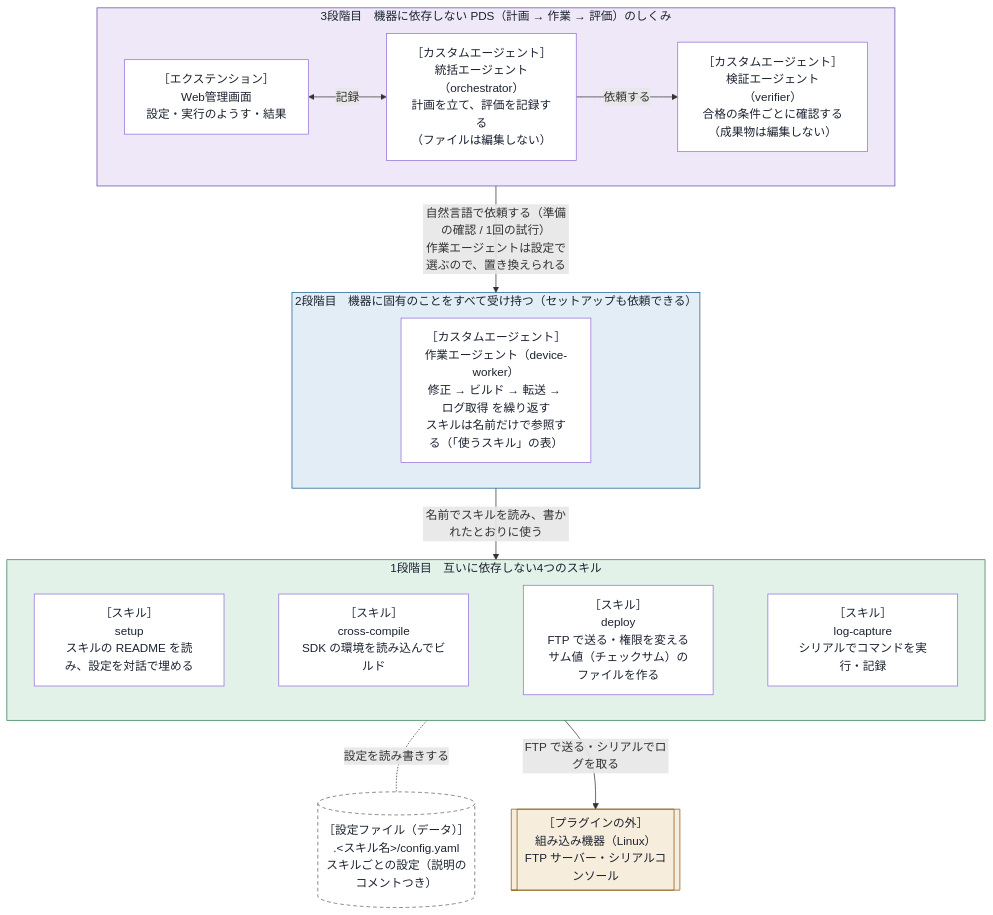
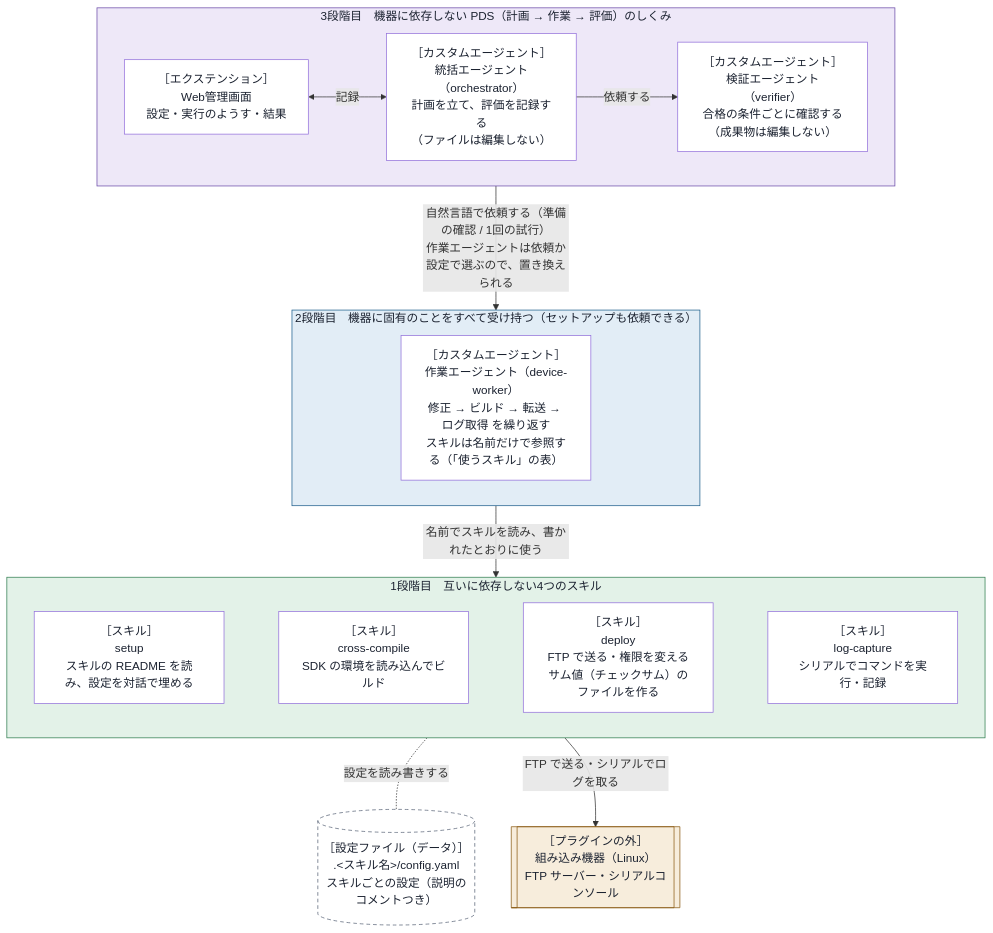
Before and after one commit to xclang-brain/plugin-market-place: the diagram in plugins/embedded-debug-loop/docs/design/design.md, drawn with Mermaid. The commit also changed other lines of this file and 22 other files, not shown here.

````diff
--- a/plugins/embedded-debug-loop/docs/design/design.md
+++ b/plugins/embedded-debug-loop/docs/design/design.md
@@ -20,42 +20,42 @@
 ```mermaid
 flowchart TB
     subgraph L3["3段階目　機器に依存しない PDS（計画 → 作業 → 評価）のしくみ"]
         direction LR
         UI["［エクステンション］<br/>Web管理画面<br/>設定・実行のようす・結果"]
         ORC["［カスタムエージェント］<br/>統括エージェント（orchestrator）<br/>計画を立て、評価を記録する<br/>（ファイルは編集しない）"]
         VER["［カスタムエージェント］<br/>検証エージェント（verifier）<br/>合格の条件ごとに確認する<br/>（成果物は編集しない）"]
         UI <-- "記録" --> ORC
         ORC -- "依頼する" --> VER
     end
 
     subgraph L2["2段階目　機器に固有のことをすべて受け持つ（セットアップも依頼できる）"]
         WRK["［カスタムエージェント］<br/>作業エージェント（device-worker）<br/>修正 → ビルド → 転送 → ログ取得 を繰り返す<br/>スキルは名前だけで参照する（「使うスキル」の表）"]
     end
 
     subgraph L1["1段階目　互いに依存しない4つのスキル"]
         direction LR
         SETUP["［スキル］<br/>setup<br/>スキルの README を読み、設定を対話で埋める"]
         CC["［スキル］<br/>cross-compile<br/>SDK の環境を読み込んでビルド"]
         DEP["［スキル］<br/>deploy<br/>FTP で送る・権限を変える<br/>サム値（チェックサム）のファイルを作る"]
         LOG["［スキル］<br/>log-capture<br/>シリアルでコマンドを実行・記録"]
         SETUP ~~~ CC ~~~ DEP ~~~ LOG
     end
 
     CFG[("［設定ファイル（データ）］<br/>.#lt;スキル名#gt;/config.yaml<br/>スキルごとの設定（説明のコメントつき）")]
     DEV[["［プラグインの外］<br/>組み込み機器（Linux）<br/>FTP サーバー・シリアルコンソール"]]
 
-    L3 -- "自然言語で依頼する（準備の確認 / 1回の試行）<br/>作業エージェントは設定で選ぶので、置き換えられる" --> L2
+    L3 -- "自然言語で依頼する（準備の確認 / 1回の試行）<br/>作業エージェントは依頼か設定で選ぶので、置き換えられる" --> L2
     L2 -- "名前でスキルを読み、書かれたとおりに使う" --> L1
     L1 -. "設定を読み書きする" .- CFG
     L1 -- "FTP で送る・シリアルでログを取る" --> DEV
 
     style L3 fill:#eee8f8,stroke:#6a4aa8,color:#1b2230
     style L2 fill:#e2edf6,stroke:#1d5e8c,color:#1b2230
     style L1 fill:#e3f2e8,stroke:#2f7d4f,color:#1b2230
     classDef node fill:#ffffff,color:#1b2230
     classDef dev fill:#f7eddc,stroke:#8a5a12,color:#1b2230
     classDef cfg fill:#ffffff,stroke:#586275,color:#1b2230,stroke-dasharray:5 4
     class UI,ORC,VER,WRK,SETUP,CC,DEP,LOG node
     class DEV dev
     class CFG cfg
 ```
````
